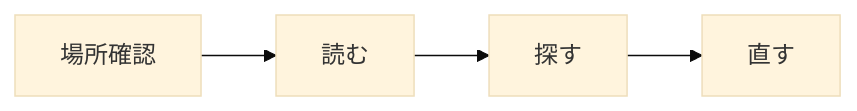
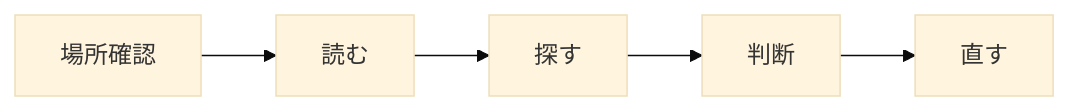
The diagram in docs/fundamentals/linux-commands.md (isksss/awesome), drawn with Mermaid (base theme) before and after one commit. The commit also changed other lines of this file and 28 other files, not shown here.

````diff
--- a/docs/fundamentals/linux-commands.md
+++ b/docs/fundamentals/linux-commands.md
@@ -49,6 +32,7 @@
 ```mermaid
 flowchart LR
   Where[場所確認] --> Read[読む]
   Read --> Search[探す]
-  Search --> Change[直す]
+  Search --> Decide[判断]
+  Decide --> Change[直す]
 ```
````
